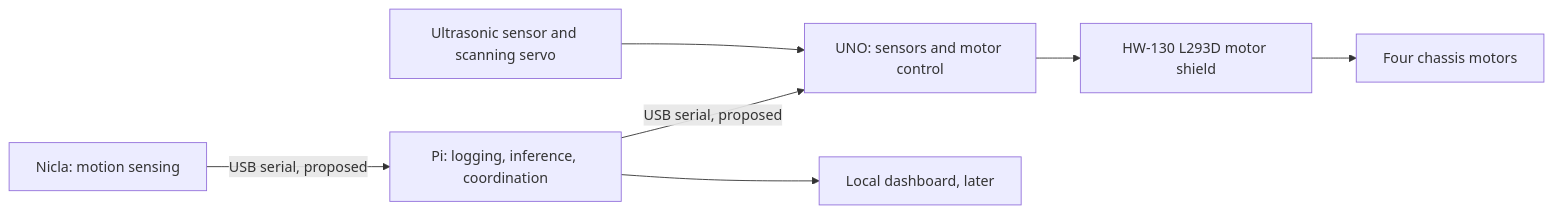
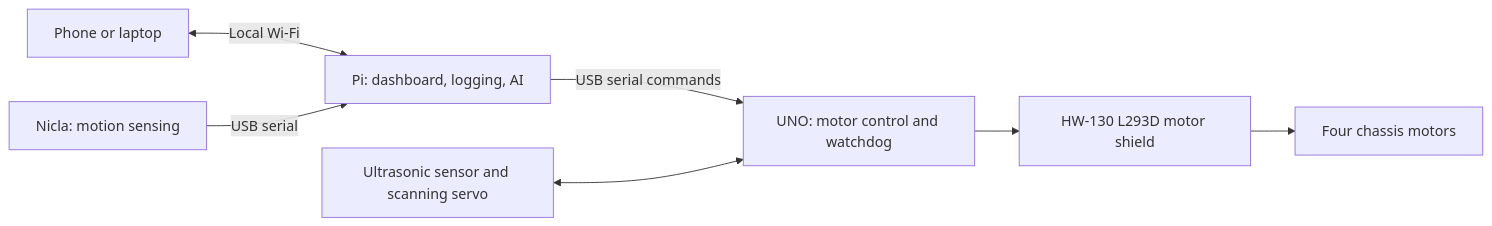
One commit to SoheilSamadi-dev/RobotCar-EdgeAI changed the diagram in README.md. Above: the diagram before and after it, drawn with Mermaid. The commit also changed other lines of this file and 13 other files, not shown here.

````diff
--- a/README.md
+++ b/README.md
@@ -27,9 +31,9 @@
 ```mermaid
 flowchart LR
-    N[Nicla: motion sensing] -->|USB serial, proposed| P[Pi: logging, inference, coordination]
-    P -->|USB serial, proposed| U[UNO: sensors and motor control]
-    S[Ultrasonic sensor and scanning servo] --> U
+    C[Phone or laptop] <-->|Local Wi-Fi| P[Pi: dashboard, logging, AI]
+    N[Nicla: motion sensing] -->|USB serial| P
+    P -->|USB serial commands| U[UNO: motor control and watchdog]
+    S[Ultrasonic sensor and scanning servo] <--> U
     U --> D[HW-130 L293D motor shield]
     D --> M[Four chassis motors]
-    P --> V[Local dashboard, later]
 ```
````
